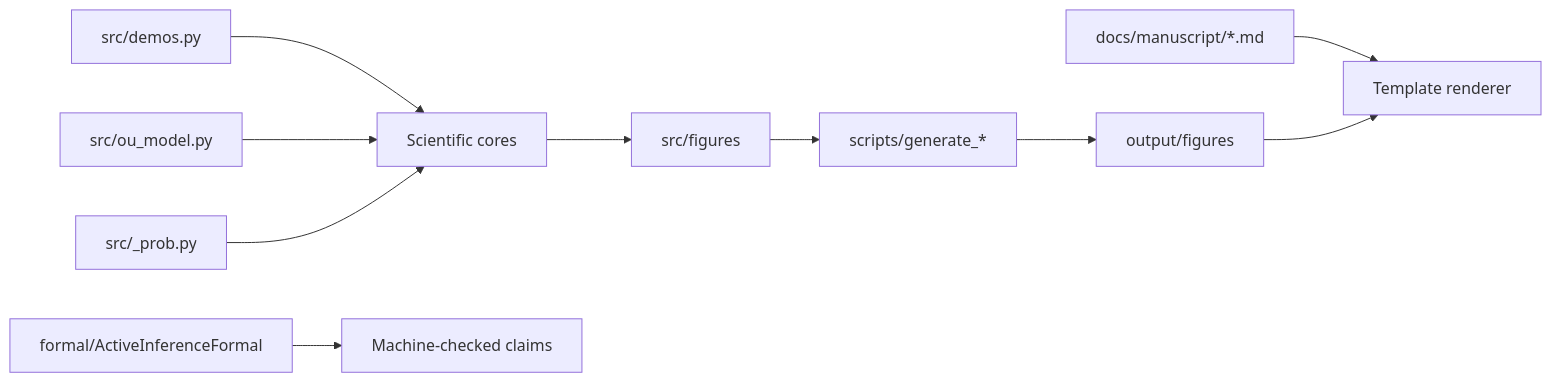
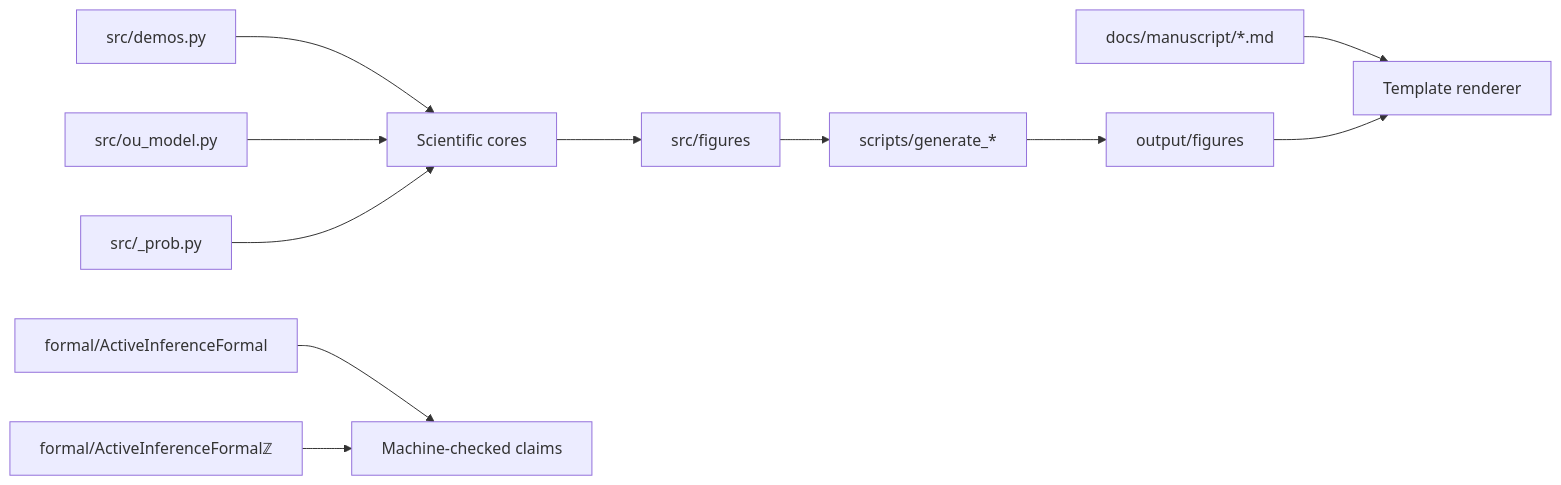
The diagram in docs/architecture.md (docxology/ActiveInferenceSynthetic), drawn with Mermaid before and after one commit. The commit also changed other lines of this file and 26 other files, not shown here.

````diff
--- a/docs/architecture.md
+++ b/docs/architecture.md
@@ -3,12 +3,13 @@
 ```mermaid
 flowchart LR
     Demos[src/demos.py] --> Cores[Scientific cores]
     OU[src/ou_model.py] --> Cores
     Prob[src/_prob.py] --> Cores
     Cores --> Figures[src/figures]
     Figures --> Scripts[scripts/generate_*]
     Scripts --> Output[output/figures]
     Manuscript[docs/manuscript/*.md] --> Renderer[Template renderer]
     Output --> Renderer
-    Lean[formal/ActiveInferenceFormal] --> Proofs[Machine-checked claims]
+    LeanR[formal/ActiveInferenceFormal] --> Proofs[Machine-checked claims]
+    LeanZ["formal/ActiveInferenceFormalℤ"] --> Proofs
 ```
````
